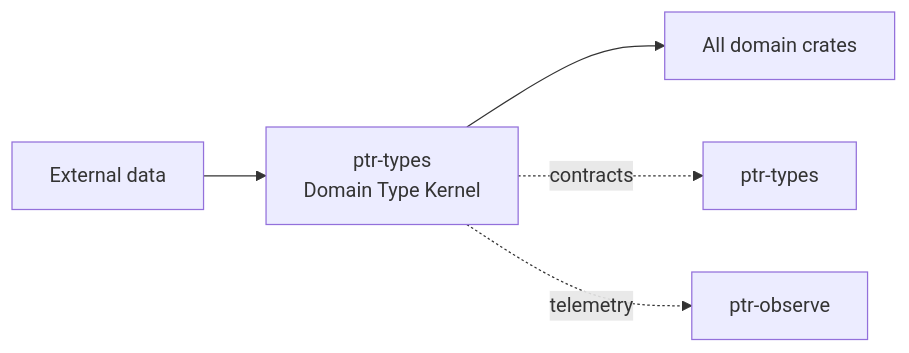
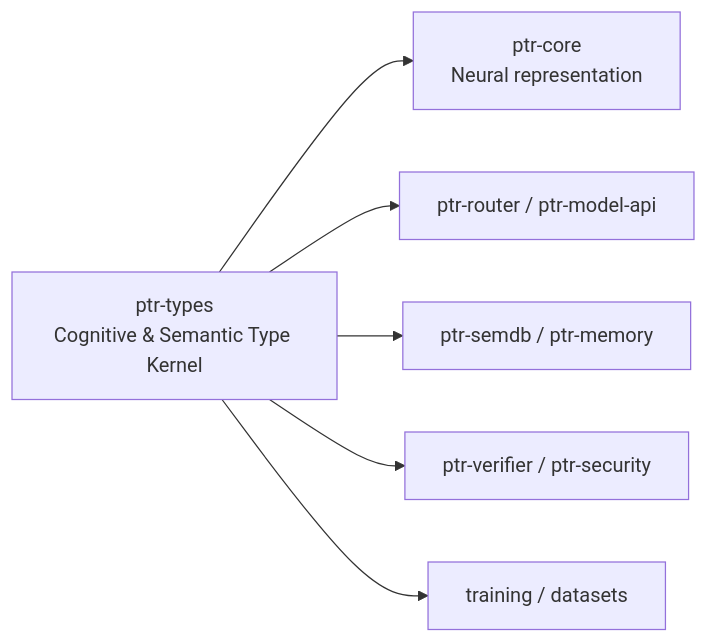
Before and after one commit to xrey167/PTR: the diagram in docs/diagrams/components/ptr-types.mmd, drawn with Mermaid.

Commit message:
Redraw ptr-types as cross-architecture type kernel

```diff
--- a/docs/diagrams/components/ptr-types.mmd
+++ b/docs/diagrams/components/ptr-types.mmd
@@ -1,5 +1,7 @@
 flowchart LR
-    A["External data"] --> B["ptr-types\nDomain Type Kernel"]
-    B --> C["All domain crates"]
-    B -. "contracts" .-> T["ptr-types"]
-    B -. "telemetry" .-> O["ptr-observe"]
+    T["ptr-types\nCognitive & Semantic Type Kernel"]
+    T --> C["ptr-core\nNeural representation"]
+    T --> R["ptr-router / ptr-model-api"]
+    T --> S["ptr-semdb / ptr-memory"]
+    T --> V["ptr-verifier / ptr-security"]
+    T --> TR["training / datasets"]
```
